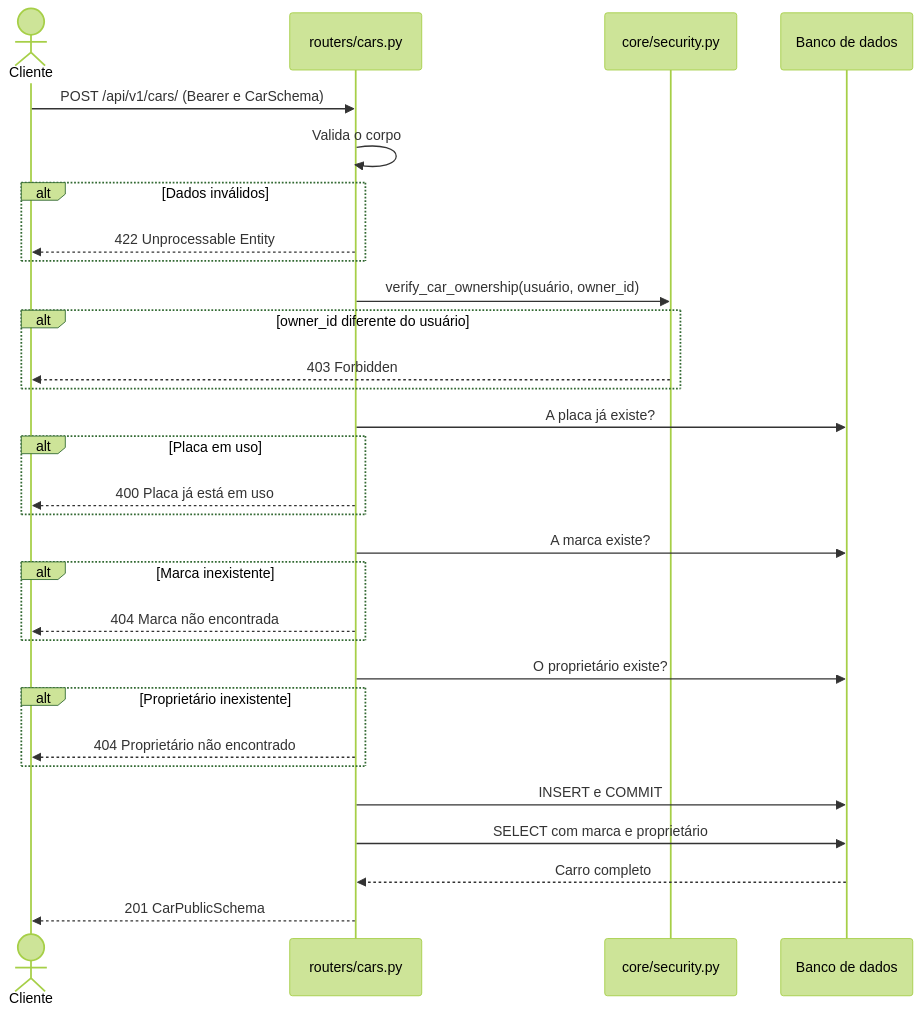
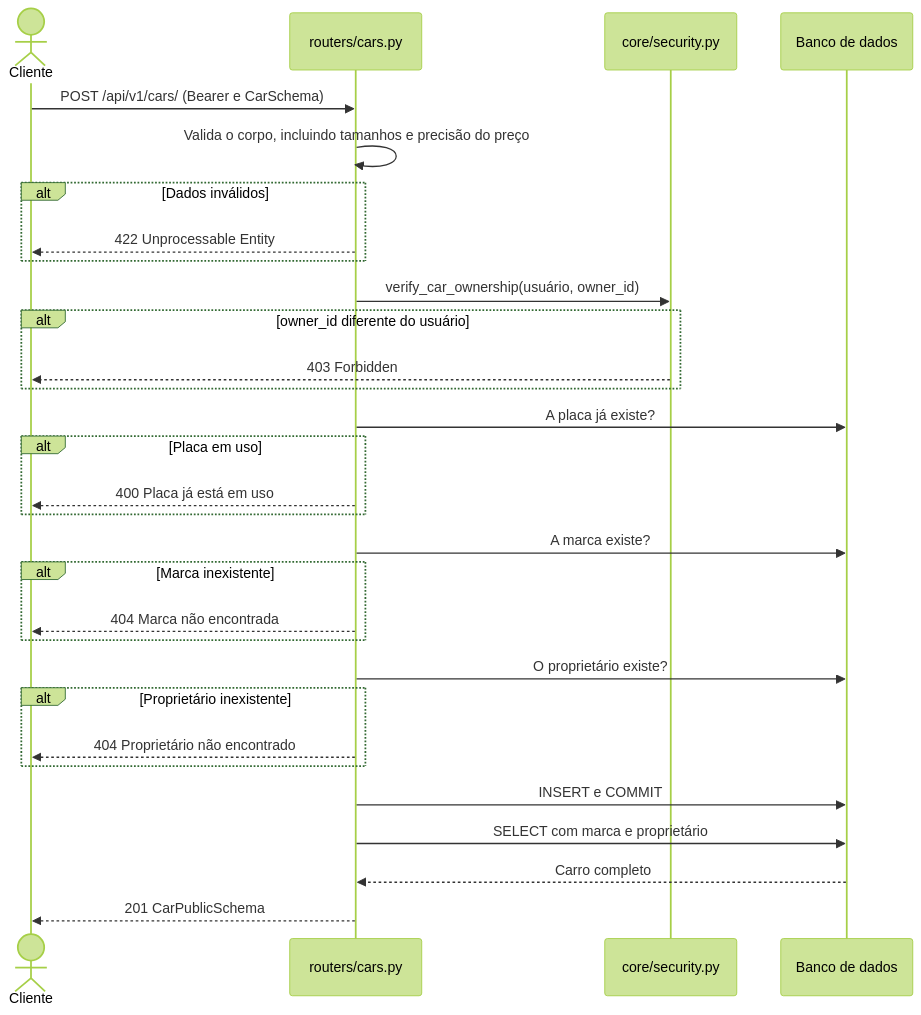
Before and after one commit to LeonardoAlmeidaGit/car-api: the sixth of 10 diagrams in docs/system-modeling.md, drawn with Mermaid (forest theme). The commit also changed other lines of this file and 3 other files, not shown here.

````diff
--- a/docs/system-modeling.md
+++ b/docs/system-modeling.md
@@ -186,33 +242,33 @@
 ```mermaid
 sequenceDiagram
     actor C as Cliente
     participant R as routers/cars.py
     participant S as core/security.py
     participant D as Banco de dados
 
     C->>R: POST /api/v1/cars/ (Bearer e CarSchema)
-    R->>R: Valida o corpo
+    R->>R: Valida o corpo, incluindo tamanhos e precisão do preço
     alt Dados inválidos
         R-->>C: 422 Unprocessable Entity
     end
     R->>S: verify_car_ownership(usuário, owner_id)
     alt owner_id diferente do usuário
         S-->>C: 403 Forbidden
     end
     R->>D: A placa já existe?
     alt Placa em uso
         R-->>C: 400 Placa já está em uso
     end
     R->>D: A marca existe?
     alt Marca inexistente
         R-->>C: 404 Marca não encontrada
     end
     R->>D: O proprietário existe?
     alt Proprietário inexistente
         R-->>C: 404 Proprietário não encontrado
     end
     R->>D: INSERT e COMMIT
     R->>D: SELECT com marca e proprietário
     D-->>R: Carro completo
     R-->>C: 201 CarPublicSchema
 ```
````
